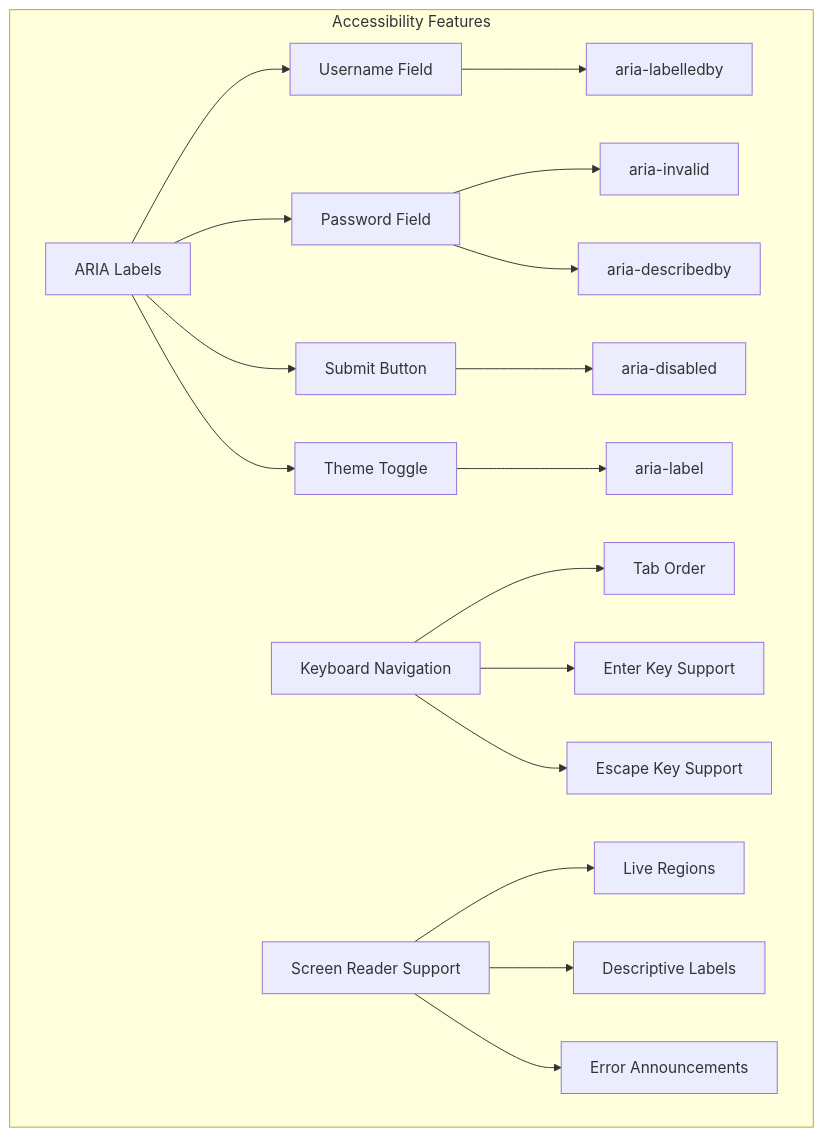
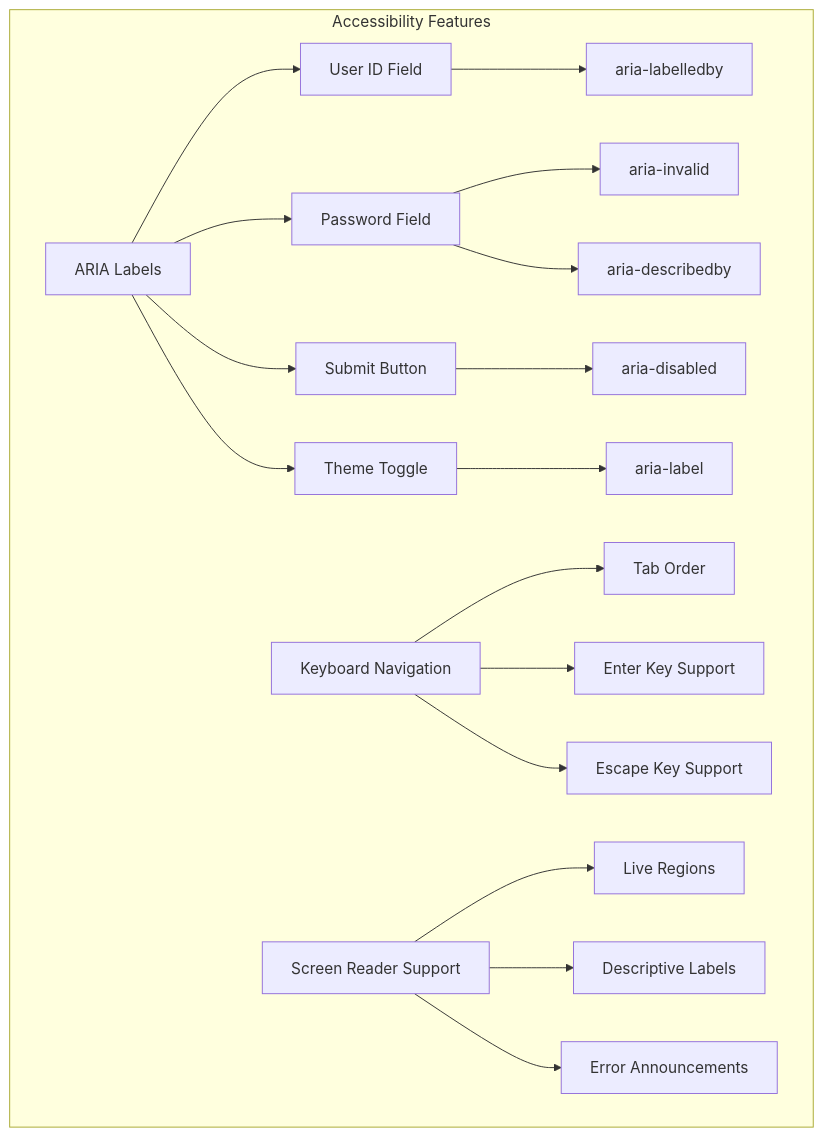
One commit to Aryan9060/Timetable-Project changed diagram 12 of 13 in .qoder/repowiki/en/content/Authentication & Authorization/Login Page Implementation.md. Above: the diagram before and after it, drawn with Mermaid. The commit also changed other lines of this file and 22 other files, not shown here.

````diff
--- a/.qoder/repowiki/en/content/Authentication & Authorization/Login Page Implementation.md
+++ b/.qoder/repowiki/en/content/Authentication & Authorization/Login Page Implementation.md
@@ -583,20 +589,20 @@
 ```mermaid
 graph TB
 subgraph "Accessibility Features"
-A[ARIA Labels] --> B[Username Field]
+A[ARIA Labels] --> B[User ID Field]
 A --> C[Password Field]
 A --> D[Submit Button]
 A --> E[Theme Toggle]
 B --> F[aria-labelledby]
 C --> G[aria-invalid]
 C --> H[aria-describedby]
 D --> I[aria-disabled]
 E --> J[aria-label]
 K[Keyboard Navigation] --> L[Tab Order]
 K --> M[Enter Key Support]
 K --> N[Escape Key Support]
 O[Screen Reader Support] --> P[Live Regions]
 O --> Q[Descriptive Labels]
 O --> R[Error Announcements]
 end
 ```
````
